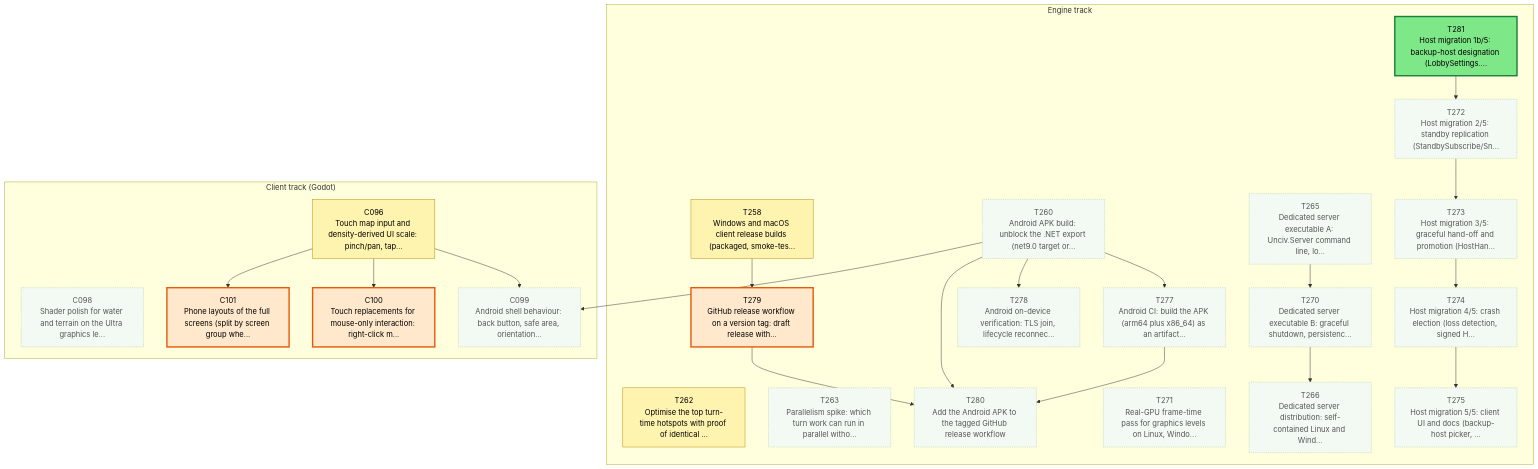
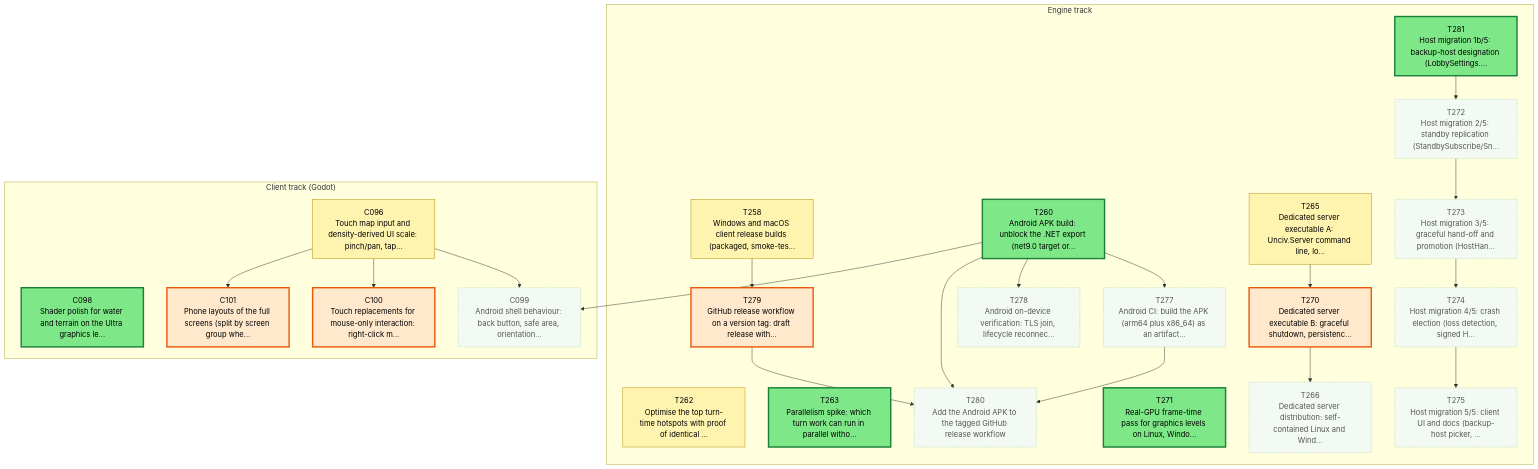
One commit to Kenmura/Unciv changed the first of 3 diagrams in csharp/migration/DEPENDENCY_MAP.md. Above: the diagram before and after it, drawn with Mermaid. The commit also changed other lines of this file and 1 other file, not shown here.

````diff
--- a/csharp/migration/DEPENDENCY_MAP.md
+++ b/csharp/migration/DEPENDENCY_MAP.md
@@ -35,74 +35,74 @@
 ```mermaid
 flowchart TD
   subgraph TTRACK["Engine track"]
     T258["T258<br/>Windows and macOS client release builds (packaged, smoke-tes..."]
     T260["T260<br/>Android APK build: unblock the .NET export (net9.0 target or..."]
     T262["T262<br/>Optimise the top turn-time hotspots with proof of identical ..."]
     T263["T263<br/>Parallelism spike: which turn work can run in parallel witho..."]
     T265["T265<br/>Dedicated server executable A: Unciv.Server command line, lo..."]
     T266["T266<br/>Dedicated server distribution: self-contained Linux and Wind..."]
     T270["T270<br/>Dedicated server executable B: graceful shutdown, persistenc..."]
     T271["T271<br/>Real-GPU frame-time pass for graphics levels on Linux, Windo..."]
     T272["T272<br/>Host migration 2/5: standby replication (StandbySubscribe/Sn..."]
     T273["T273<br/>Host migration 3/5: graceful hand-off and promotion (HostHan..."]
     T274["T274<br/>Host migration 4/5: crash election (loss detection, signed H..."]
     T275["T275<br/>Host migration 5/5: client UI and docs (backup-host picker, ..."]
     T277["T277<br/>Android CI: build the APK (arm64 plus x86_64) as an artifact..."]
     T278["T278<br/>Android on-device verification: TLS join, lifecycle reconnec..."]
     T279["T279<br/>GitHub release workflow on a version tag: draft release with..."]
     T280["T280<br/>Add the Android APK to the tagged GitHub release workflow"]
     T281["T281<br/>Host migration 1b/5: backup-host designation (LobbySettings...."]
   end
   subgraph CTRACK["Client track (Godot)"]
     C096["C096<br/>Touch map input and density-derived UI scale: pinch/pan, tap..."]
     C098["C098<br/>Shader polish for water and terrain on the Ultra graphics le..."]
     C099["C099<br/>Android shell behaviour: back button, safe area, orientation..."]
     C100["C100<br/>Touch replacements for mouse-only interaction: right-click m..."]
     C101["C101<br/>Phone layouts of the full screens (split by screen group whe..."]
   end
   T270 --> T266
   T265 --> T270
   T281 --> T272
   T272 --> T273
   T273 --> T274
   T274 --> T275
   T260 --> T277
   T260 --> T278
   T258 --> T279
   T279 --> T280
   T260 --> T280
   T277 --> T280
   T260 --> C099
   C096 --> C099
   C096 --> C100
   C096 --> C101
   classDef waiting fill:#f3faf3,stroke:#9bc49b,color:#555,stroke-dasharray:2 2
   classDef ondeck fill:#ffe8cc,stroke:#e8590c,stroke-width:3px,color:#000
   classDef ready fill:#7ee787,stroke:#1a7f37,stroke-width:3px,color:#000
   classDef prog fill:#fff3b0,stroke:#b58900,color:#000
   classDef review fill:#cfe4ff,stroke:#1f6feb,color:#000
   classDef blocked fill:#ffd6d6,stroke:#c62828,color:#000
   classDef done fill:#eeeeee,stroke:#999999,color:#666,stroke-dasharray:4 3
   class C096 prog
-  class C098 waiting
+  class C098 ready
   class C099 waiting
   class C100 ondeck
   class C101 ondeck
   class T258 prog
-  class T260 waiting
+  class T260 ready
   class T262 prog
-  class T263 waiting
-  class T265 waiting
+  class T263 ready
+  class T265 prog
   class T266 waiting
-  class T270 waiting
-  class T271 waiting
+  class T270 ondeck
+  class T271 ready
   class T272 waiting
   class T273 waiting
   class T274 waiting
   class T275 waiting
   class T277 waiting
   class T278 waiting
   class T279 ondeck
   class T280 waiting
   class T281 ready
 ```
````
